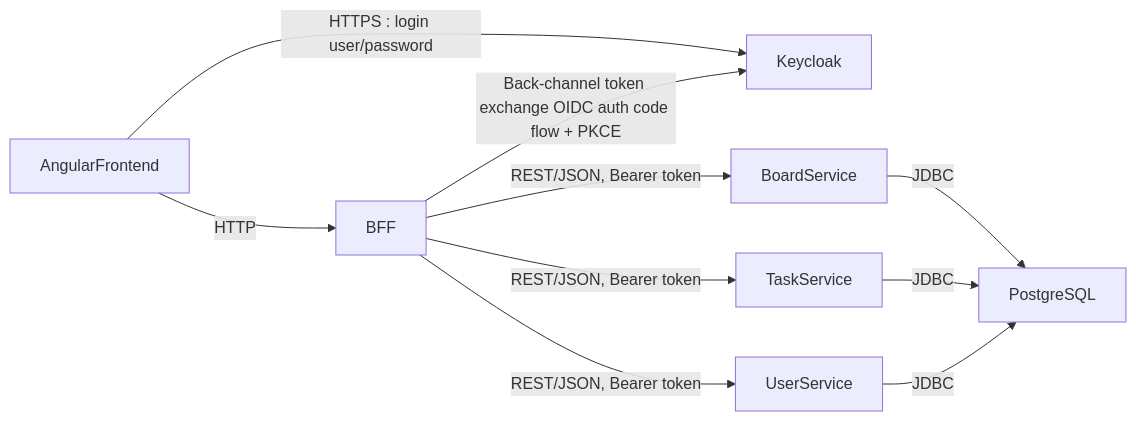
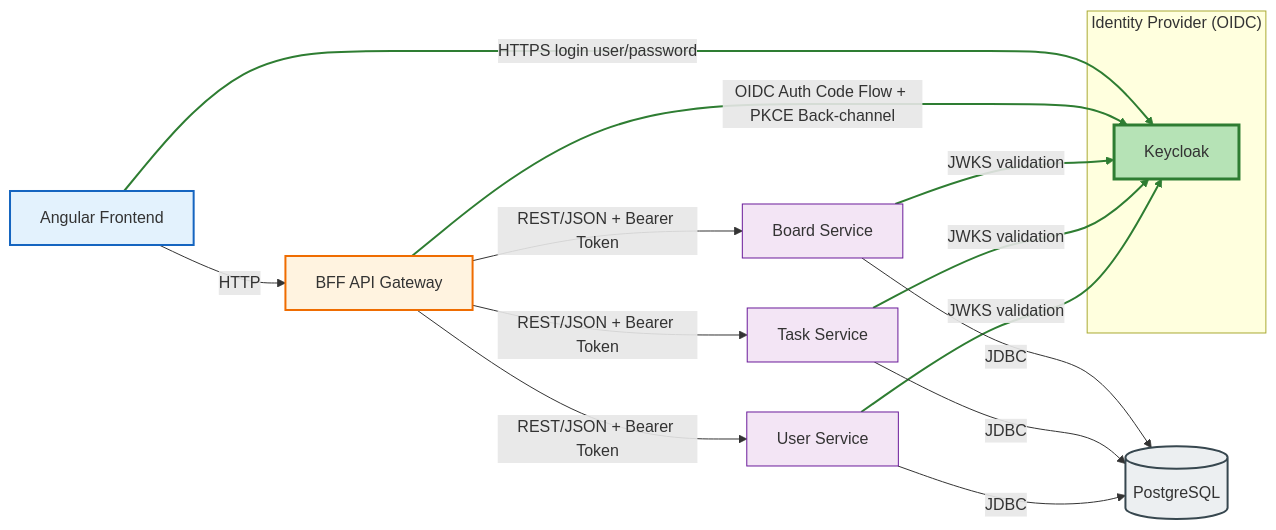
Before and after one commit to dbeaumont/kanban-app: the diagram in README.md, drawn with Mermaid. The commit also changed other lines of this file and 15 other files, not shown here.

Commit message:
Passage de keycloak en HTTPS via un certificat autosigné généré à part et ajout de ce certificat dans les truststore des services java

````diff
--- a/README.md
+++ b/README.md
@@ -73,12 +75,64 @@
 ```mermaid
 graph LR
+  %% ===== FRONTEND =====
+  AngularFrontend[Angular Frontend]
+  
+  %% ===== BFF =====
+  BFF[BFF API Gateway]
+
+  %% ===== MICROSERVICES =====
+  BoardService[Board Service]
+  TaskService[Task Service]
+  UserService[User Service]
+
+  %% ===== DATABASE =====
+  PostgreSQL[(PostgreSQL)]
+
+  %% ===== IDENTITY PROVIDER =====
+  subgraph IDP["Identity Provider (OIDC)"]
+    Keycloak[Keycloak]
+  end
+
+  %% ===== FLOWS =====
   AngularFrontend -->|HTTP| BFF
-  AngularFrontend -->|HTTPS : login user/password | Keycloak
-  BFF -->|REST/JSON, Bearer token| BoardService
-  BFF -->|REST/JSON, Bearer token| TaskService
-  BFF -->|REST/JSON, Bearer token| UserService
-  BFF -->|Back-channel token exchange OIDC auth code flow + PKCE | Keycloak
+  AngularFrontend -->|HTTPS login user/password| Keycloak
+
+  BFF -->|REST/JSON + Bearer Token| BoardService
+  BFF -->|REST/JSON + Bearer Token| TaskService
+  BFF -->|REST/JSON + Bearer Token| UserService
+
+  BFF -->|OIDC Auth Code Flow + PKCE Back-channel| Keycloak
+
+  BoardService -->|JWKS validation| Keycloak
+  TaskService -->|JWKS validation| Keycloak
+  UserService -->|JWKS validation| Keycloak
+
   BoardService -->|JDBC| PostgreSQL
   TaskService -->|JDBC| PostgreSQL
   UserService -->|JDBC| PostgreSQL
-```
+
+  %% ===== STYLES =====
+  %% Frontend
+  style AngularFrontend fill:#e3f2fd,stroke:#1565c0,stroke-width:2px
+
+  %% BFF
+  style BFF fill:#fff3e0,stroke:#ef6c00,stroke-width:2px
+
+  %% Microservices
+  style BoardService fill:#f3e5f5,stroke:#6a1b9a
+  style TaskService fill:#f3e5f5,stroke:#6a1b9a
+  style UserService fill:#f3e5f5,stroke:#6a1b9a
+
+  %% Database
+  style PostgreSQL fill:#eceff1,stroke:#37474f,stroke-width:2px
+
+  %% Keycloak
+  style Keycloak fill:#b6e3b6,stroke:#2e7d32,stroke-width:3px
+
+  %% ===== SECURITY FLOWS (GREEN) =====
+  linkStyle 1 stroke:#2e7d32,stroke-width:2px
+  linkStyle 5 stroke:#2e7d32,stroke-width:2px
+  linkStyle 6 stroke:#2e7d32,stroke-width:2px
+  linkStyle 7 stroke:#2e7d32,stroke-width:2px
+  linkStyle 8 stroke:#2e7d32,stroke-width:2px
+  ```
````
